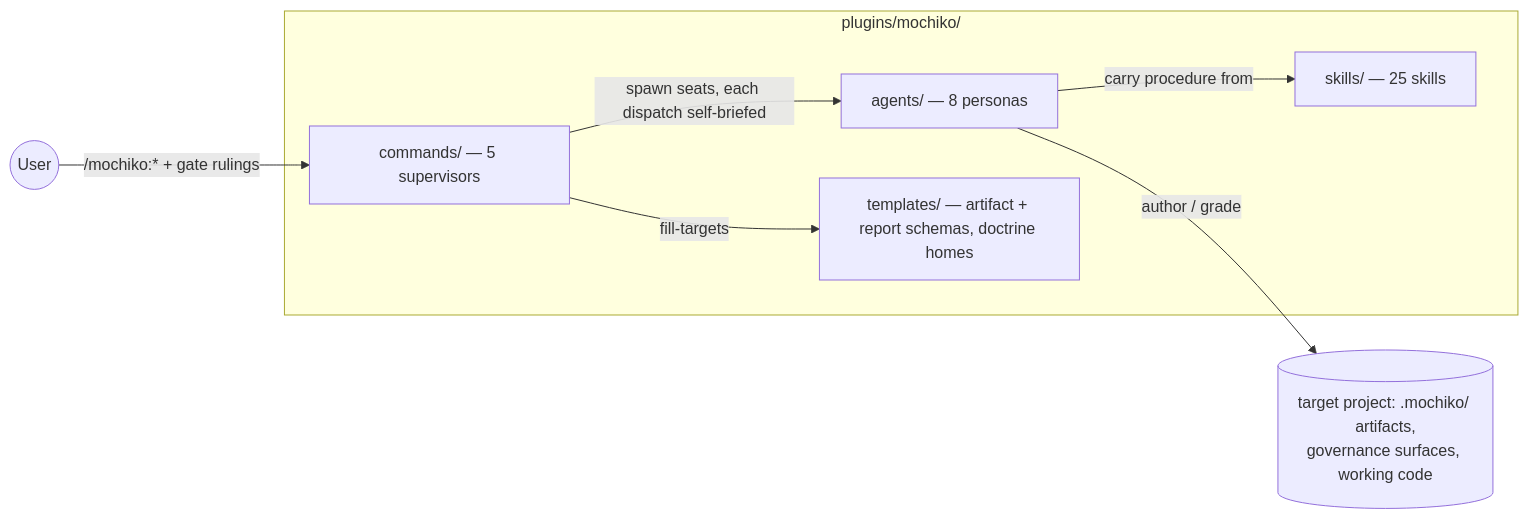
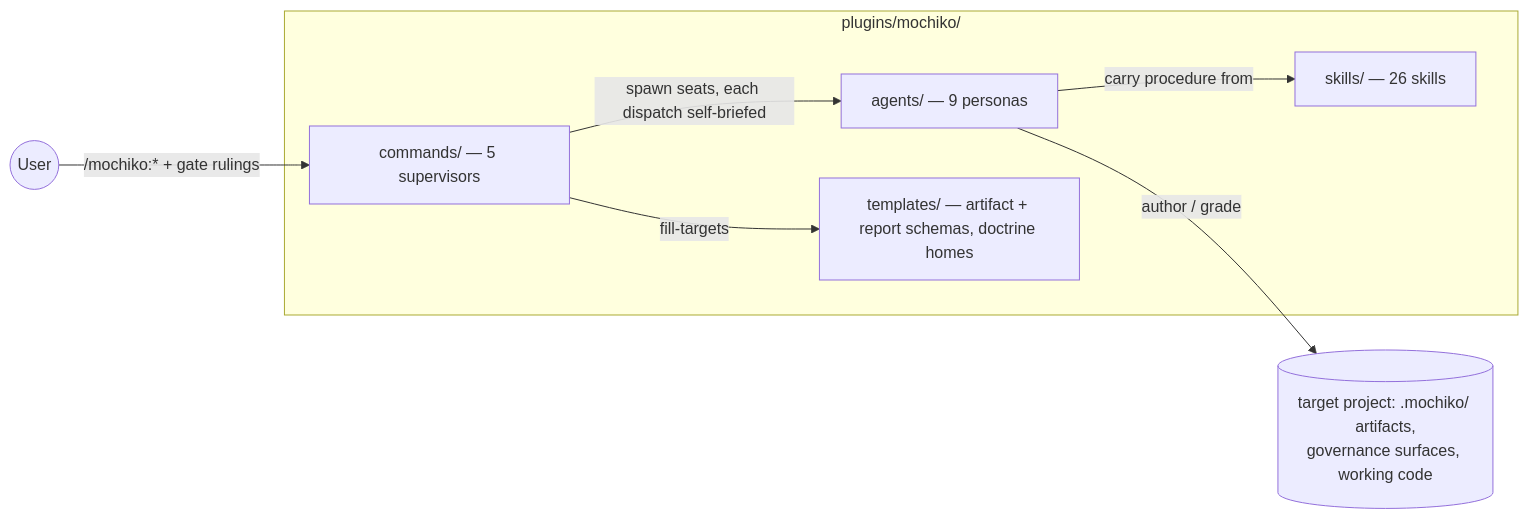
The first of 7 diagrams in ARCHITECTURE.md (humaninloop-dev/mochiko), drawn with Mermaid before and after one commit. The commit also changed other lines of this file and 20 other files, not shown here.

````diff
--- a/ARCHITECTURE.md
+++ b/ARCHITECTURE.md
@@ -19,15 +19,15 @@
 ```mermaid
 flowchart LR
   user(("User"))
   user -->|"/mochiko:* + gate rulings"| commands
   subgraph plugin ["plugins/mochiko/"]
     commands["commands/ — 5 supervisors"]
-    agents["agents/ — 8 personas"]
-    skills["skills/ — 25 skills"]
+    agents["agents/ — 9 personas"]
+    skills["skills/ — 26 skills"]
     templates["templates/ — artifact + report schemas, doctrine homes"]
     commands -->|"spawn seats, each dispatch self-briefed"| agents
     agents -->|"carry procedure from"| skills
     commands -->|"fill-targets"| templates
   end
   agents -->|"author / grade"| target[("target project: .mochiko/ artifacts,<br/>governance surfaces, working code")]
 ```
````
